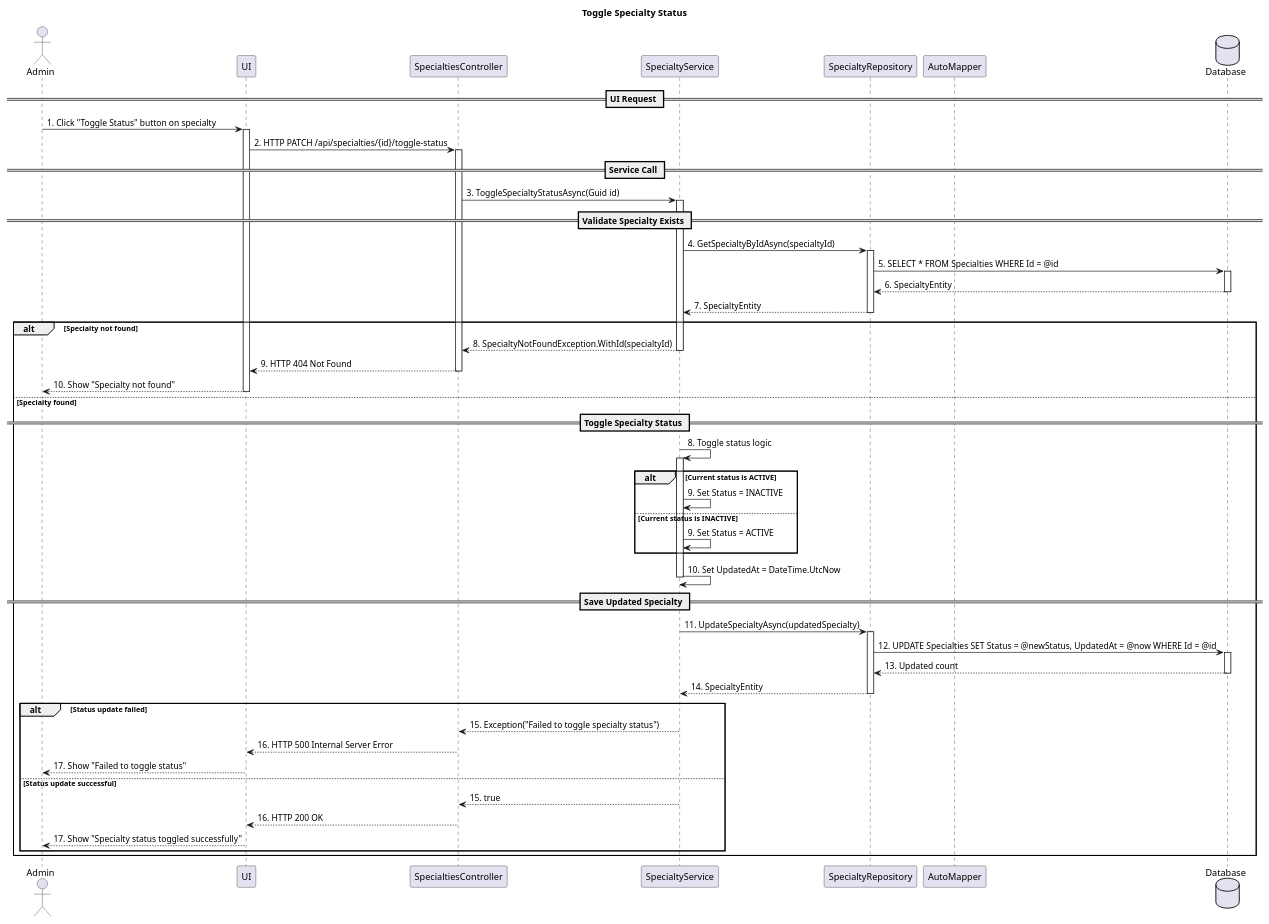
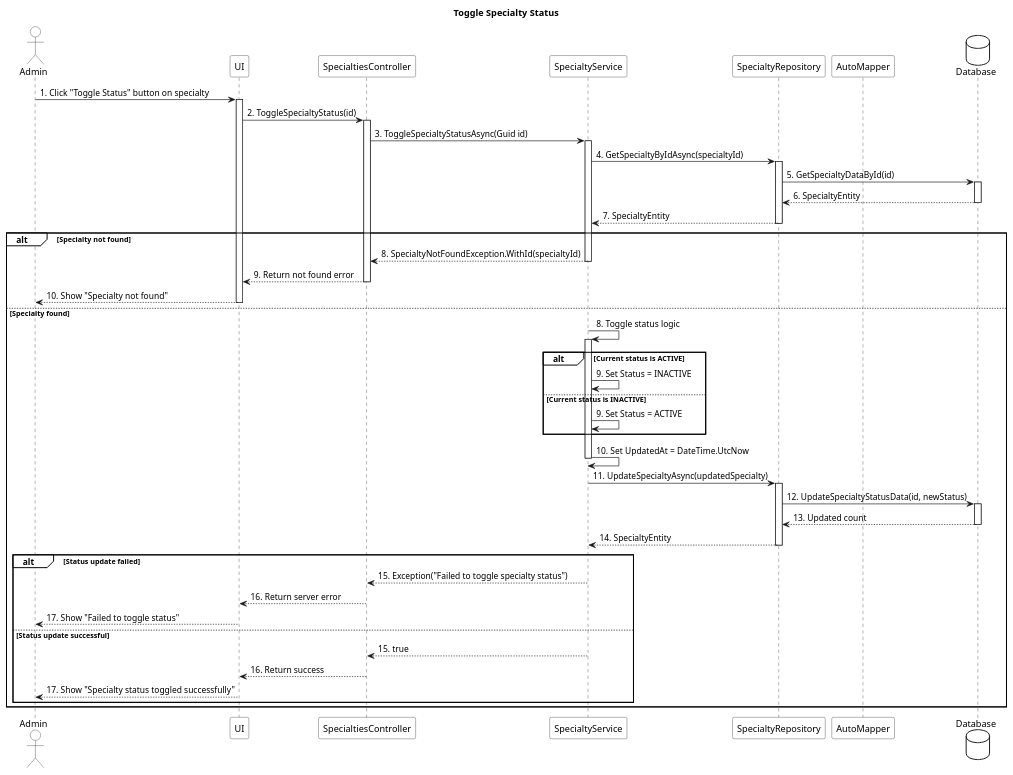
Before and after one commit to Capstone-FA25-MABS/BookingCareSystemBackend: the diagram in src/Services/BookingCare.Services.Doctor/sequence-diagrams/specialty/toggle_specialty_status_sequence_diagram.puml, drawn with PlantUML. The commit also changed 32 other files, not shown here.

Commit message:
[FIX] update code sequence diagram and class diagram

```diff
--- a/src/Services/BookingCare.Services.Doctor/sequence-diagrams/specialty/toggle_specialty_status_sequence_diagram.puml
+++ b/src/Services/BookingCare.Services.Doctor/sequence-diagrams/specialty/toggle_specialty_status_sequence_diagram.puml
@@ -1,81 +1,83 @@
 @startuml
 title Toggle Specialty Status
+
+skinparam backgroundColor White
+skinparam sequenceParticipantBackgroundColor White
+skinparam sequenceActorBackgroundColor White
+skinparam sequenceLifeLineBackgroundColor White
+skinparam databaseBackgroundColor White
+skinparam sequenceGroupBackgroundColor White
 
 actor Admin
 participant UI
 participant SpecialtiesController
 participant SpecialtyService
 participant SpecialtyRepository
 participant AutoMapper
 database Database
 
-== UI Request ==
 Admin -> UI : 1. Click "Toggle Status" button on specialty
 activate UI
-UI -> SpecialtiesController : 2. HTTP PATCH /api/specialties/{id}/toggle-status
+UI -> SpecialtiesController : 2. ToggleSpecialtyStatus(id)
 activate SpecialtiesController
 
-== Service Call ==
 SpecialtiesController -> SpecialtyService : 3. ToggleSpecialtyStatusAsync(Guid id)
 activate SpecialtyService
 
-== Validate Specialty Exists ==
 SpecialtyService -> SpecialtyRepository : 4. GetSpecialtyByIdAsync(specialtyId)
 activate SpecialtyRepository
-SpecialtyRepository -> Database : 5. SELECT * FROM Specialties WHERE Id = @id
+SpecialtyRepository -> Database : 5. GetSpecialtyDataById(id)
 activate Database
 Database --> SpecialtyRepository : 6. SpecialtyEntity
 deactivate Database
 SpecialtyRepository --> SpecialtyService : 7. SpecialtyEntity
 deactivate SpecialtyRepository
 
 alt Specialty not found
     SpecialtyService --> SpecialtiesController : 8. SpecialtyNotFoundException.WithId(specialtyId)
     deactivate SpecialtyService
-    SpecialtiesController --> UI : 9. HTTP 404 Not Found
+    SpecialtiesController --> UI : 9. Return not found error
     deactivate SpecialtiesController
     UI --> Admin : 10. Show "Specialty not found"
     deactivate UI
 else Specialty found
 
-    == Toggle Specialty Status ==
     SpecialtyService -> SpecialtyService : 8. Toggle status logic
     activate SpecialtyService
     alt Current status is ACTIVE
         SpecialtyService -> SpecialtyService : 9. Set Status = INACTIVE
     else Current status is INACTIVE
         SpecialtyService -> SpecialtyService : 9. Set Status = ACTIVE
     end
     SpecialtyService -> SpecialtyService : 10. Set UpdatedAt = DateTime.UtcNow
     deactivate SpecialtyService
 
-    == Save Updated Specialty ==
     SpecialtyService -> SpecialtyRepository : 11. UpdateSpecialtyAsync(updatedSpecialty)
     activate SpecialtyRepository
-    SpecialtyRepository -> Database : 12. UPDATE Specialties SET Status = @newStatus, UpdatedAt = @now WHERE Id = @id
+    SpecialtyRepository -> Database : 12. UpdateSpecialtyStatusData(id, newStatus)
     activate Database
     Database --> SpecialtyRepository : 13. Updated count
     deactivate Database
     SpecialtyRepository --> SpecialtyService : 14. SpecialtyEntity
     deactivate SpecialtyRepository
 
     alt Status update failed
         SpecialtyService --> SpecialtiesController : 15. Exception("Failed to toggle specialty status")
         deactivate SpecialtyService
-        SpecialtiesController --> UI : 16. HTTP 500 Internal Server Error
+        SpecialtiesController --> UI : 16. Return server error
         deactivate SpecialtiesController
         UI --> Admin : 17. Show "Failed to toggle status"
         deactivate UI
     else Status update successful
         SpecialtyService --> SpecialtiesController : 15. true
         deactivate SpecialtyService
 
-        SpecialtiesController --> UI : 16. HTTP 200 OK
+        SpecialtiesController --> UI : 16. Return success
         deactivate SpecialtiesController
 
         UI --> Admin : 17. Show "Specialty status toggled successfully"
         deactivate UI
     end
 end
 
 @enduml
```
